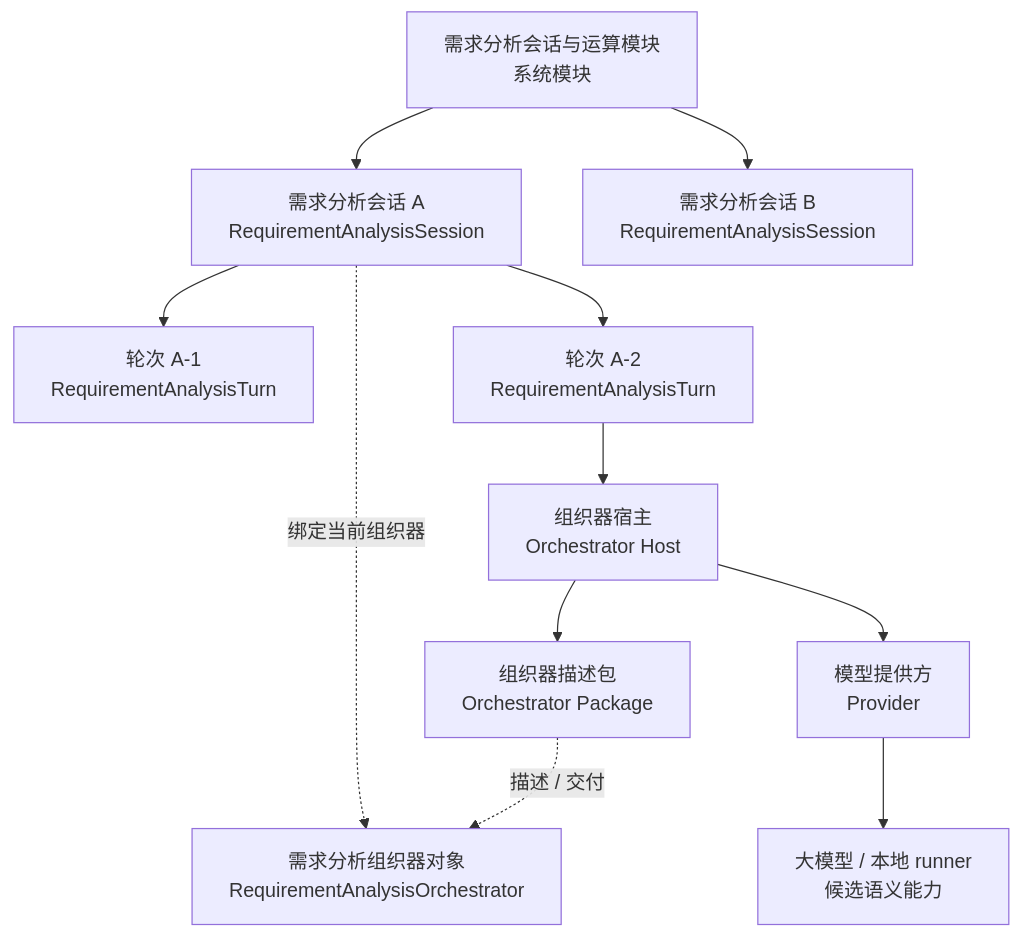
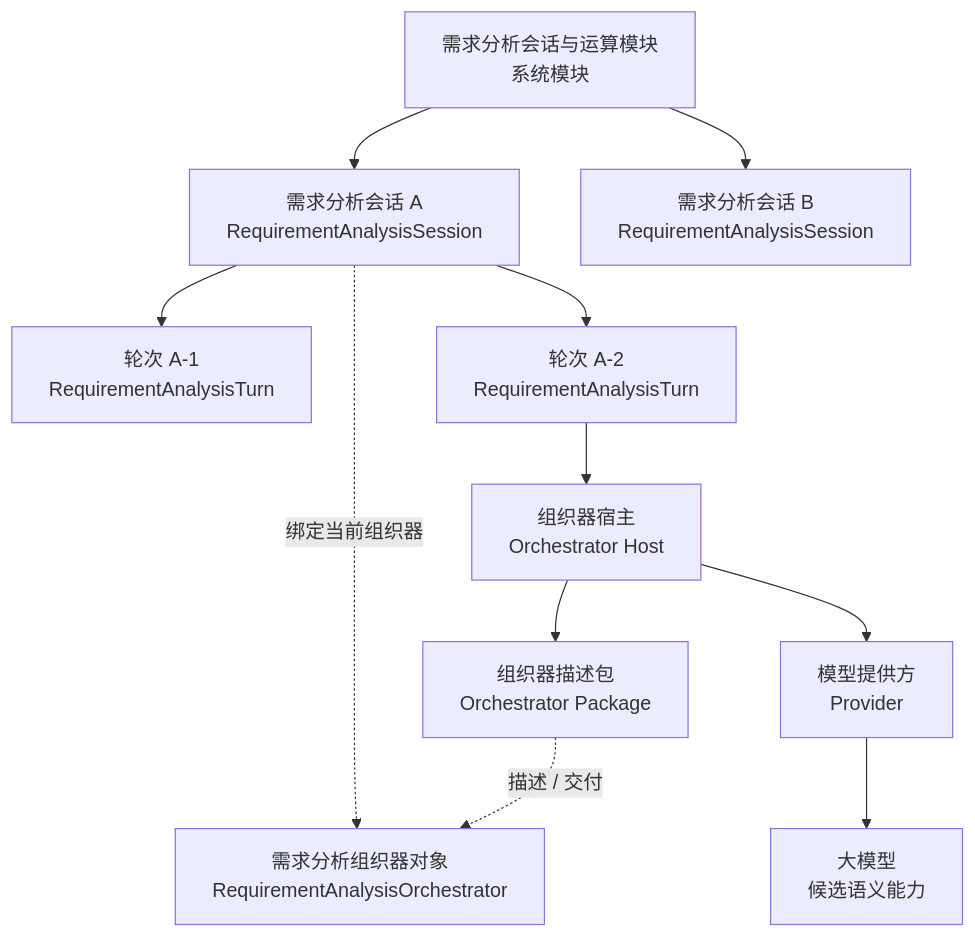
Before and after one commit to wgwtest/CodeFactoryV2: diagram 18 of 35 in DOC/CODEX_DOC/02_设计说明/P2_需求分析系统/P2-需求分析系统设计.md, drawn with Mermaid. The commit also changed other lines of this file, not shown here.

````diff
--- a/DOC/CODEX_DOC/02_设计说明/P2_需求分析系统/P2-需求分析系统设计.md
+++ b/DOC/CODEX_DOC/02_设计说明/P2_需求分析系统/P2-需求分析系统设计.md
@@ -2667,24 +2667,24 @@
 ```mermaid
 flowchart TB
   Module["需求分析会话与运算模块<br/>系统模块"]
   SessionA["需求分析会话 A<br/>RequirementAnalysisSession"]
   SessionB["需求分析会话 B<br/>RequirementAnalysisSession"]
   TurnA1["轮次 A-1<br/>RequirementAnalysisTurn"]
   TurnA2["轮次 A-2<br/>RequirementAnalysisTurn"]
   Orchestrator["需求分析组织器对象<br/>RequirementAnalysisOrchestrator"]
   Package["组织器描述包<br/>Orchestrator Package"]
   Host["组织器宿主<br/>Orchestrator Host"]
   Provider["模型提供方<br/>Provider"]
-  LLM["大模型 / 本地 runner<br/>候选语义能力"]
+  LLM["大模型<br/>候选语义能力"]
 
   Module --> SessionA
   Module --> SessionB
   SessionA --> TurnA1
   SessionA --> TurnA2
   SessionA -. "绑定当前组织器" .-> Orchestrator
   Host --> Package
   Package -. "描述 / 交付" .-> Orchestrator
   TurnA2 --> Host
   Host --> Provider
   Provider --> LLM
 ```
````
